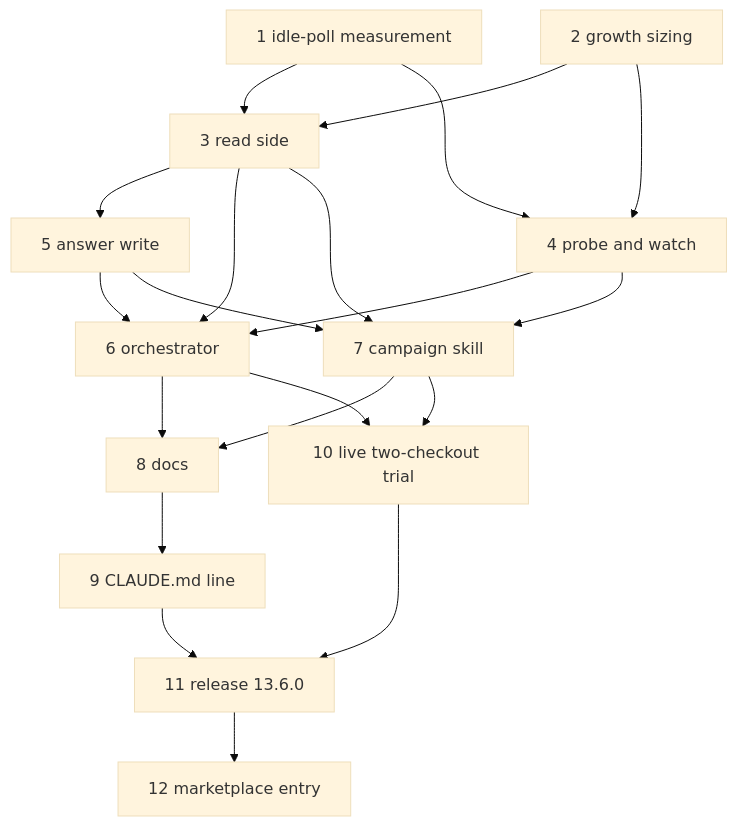
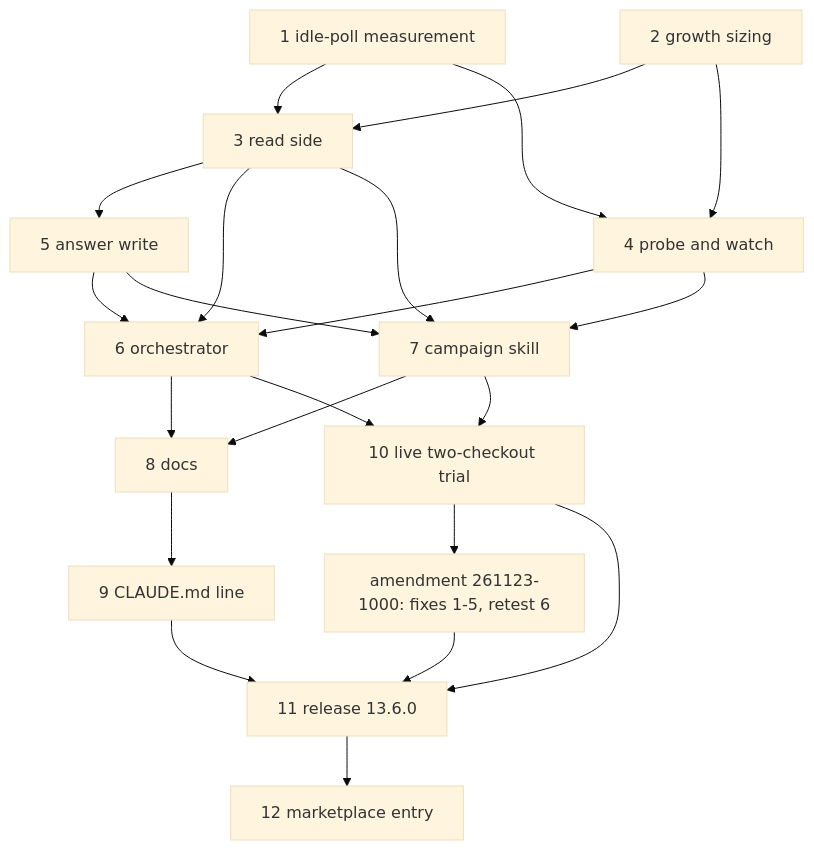
The second of 3 diagrams in fusion-workbench/work-packages/261119-0905-campaign-peers-follow-the-steering-session-and-report-back/plans/261119-1248-plan-campaign-peers-follow-the-steering-session-and-report-back.md (tenzoki/fusion), drawn with Mermaid (base theme) before and after one commit. The commit also changed other lines of this file and 18 other files, not shown here.

````diff
--- a/fusion-workbench/work-packages/261119-0905-campaign-peers-follow-the-steering-session-and-report-back/plans/261119-1248-plan-campaign-peers-follow-the-steering-session-and-report-back.md
+++ b/fusion-workbench/work-packages/261119-0905-campaign-peers-follow-the-steering-session-and-report-back/plans/261119-1248-plan-campaign-peers-follow-the-steering-session-and-report-back.md
@@ -65,22 +65,24 @@
 ```mermaid
 flowchart TD
   S1[1 idle-poll measurement] --> S3[3 read side]
   S2[2 growth sizing] --> S3
   S1 --> S4[4 probe and watch]
   S2 --> S4
   S3 --> S5[5 answer write]
   S3 --> S6[6 orchestrator]
   S4 --> S6
   S5 --> S6
   S3 --> S7[7 campaign skill]
   S4 --> S7
   S5 --> S7
   S6 --> S8[8 docs]
   S7 --> S8
   S8 --> S9[9 CLAUDE.md line]
   S6 --> S10[10 live two-checkout trial]
   S7 --> S10
+  S10 --> A[amendment 261123-1000: fixes 1-5, retest 6]
   S9 --> S11[11 release 13.6.0]
   S10 --> S11
+  A --> S11
   S11 --> S12[12 marketplace entry]
 ```
````
